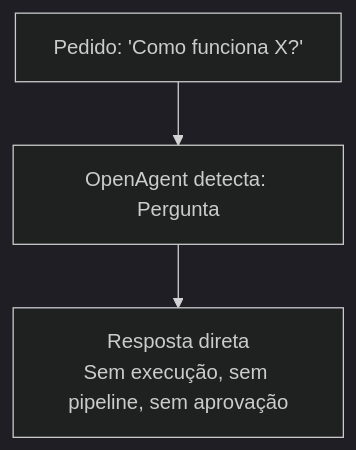
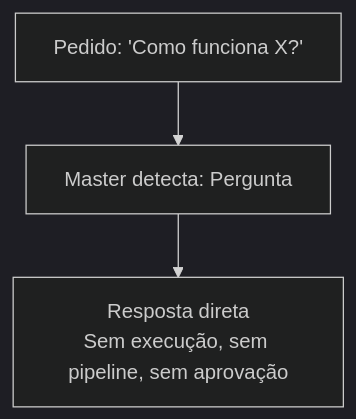
Before and after one commit to dgofreitas/opencode-workflow: the ninth of 9 diagrams in USAGE_GUIDE.md, drawn with Mermaid (dark theme). The commit also changed other lines of this file and 28 other files, not shown here.

````diff
--- a/USAGE_GUIDE.md
+++ b/USAGE_GUIDE.md
@@ -316,5 +292,5 @@
 ```mermaid
 graph TD
-    Start["Pedido: 'Como funciona X?'"] --> Detect["OpenAgent detecta: Pergunta"]
+    Start["Pedido: 'Como funciona X?'"] --> Detect["Master detecta: Pergunta"]
     Detect --> Resp["Resposta direta<br/>Sem execução, sem pipeline, sem aprovação"]
 ```
````
